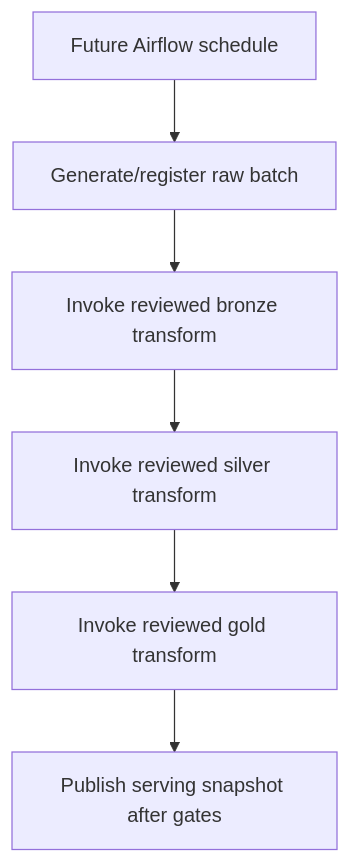
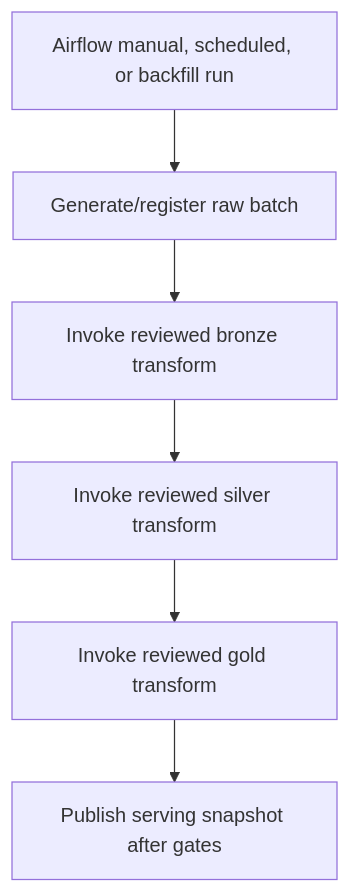
One commit to vdeeplearning/agentic_healthcare_data_platform changed diagram 27 of 49 in README.md. Above: the diagram before and after it, drawn with Mermaid. The commit also changed other lines of this file, not shown here.

Commit message:
Align README with Spark and Airflow architecture

````diff
--- a/README.md
+++ b/README.md
@@ -1414,8 +1414,8 @@
 ```mermaid
 flowchart TD
- AF["Future Airflow schedule"] --> R["Generate/register raw batch"]
+ AF["Airflow manual, scheduled, or backfill run"] --> R["Generate/register raw batch"]
  R --> B["Invoke reviewed bronze transform"]
  B --> S["Invoke reviewed silver transform"]
  S --> G["Invoke reviewed gold transform"]
  G --> P["Publish serving snapshot after gates"]
 ```
````
